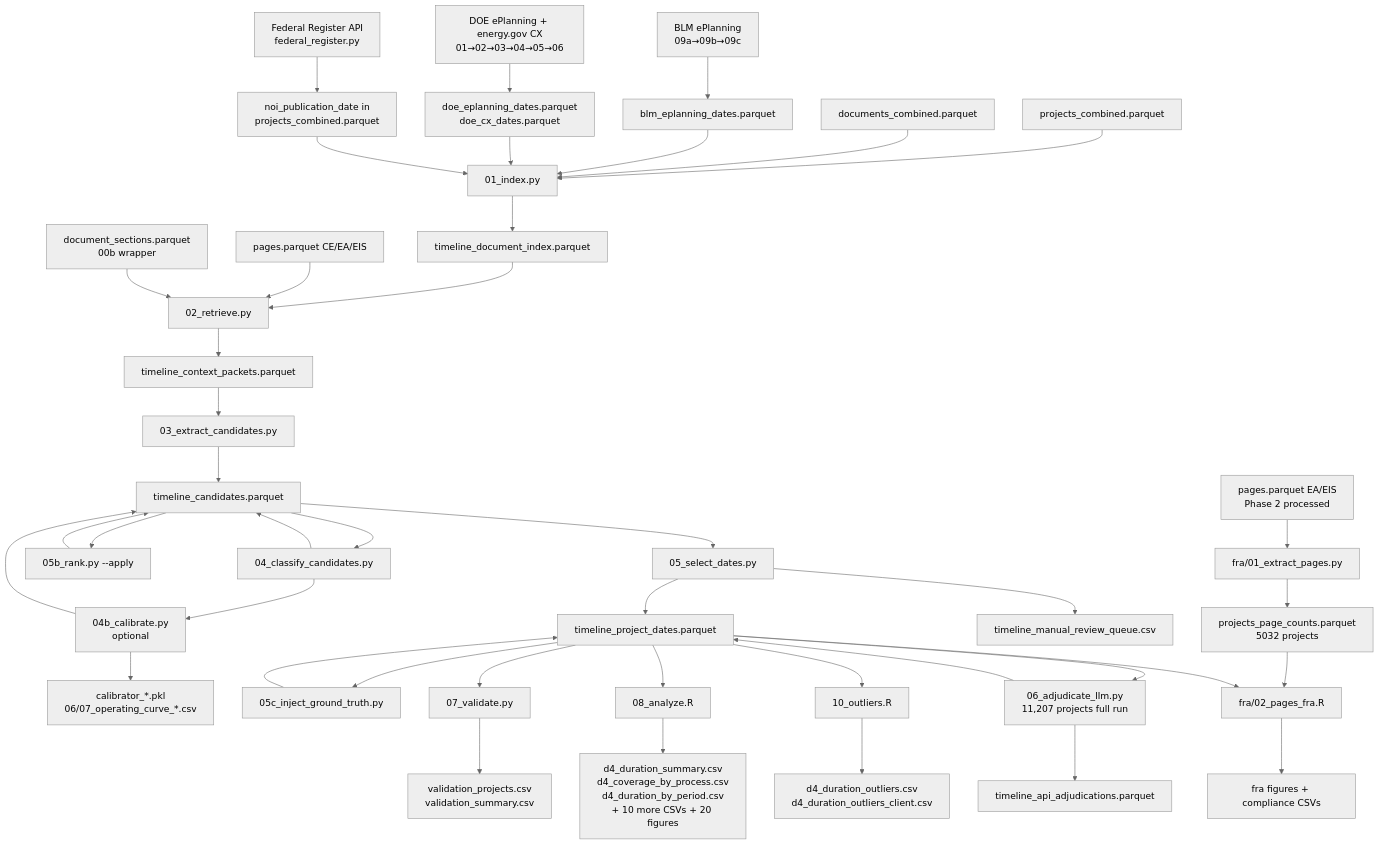
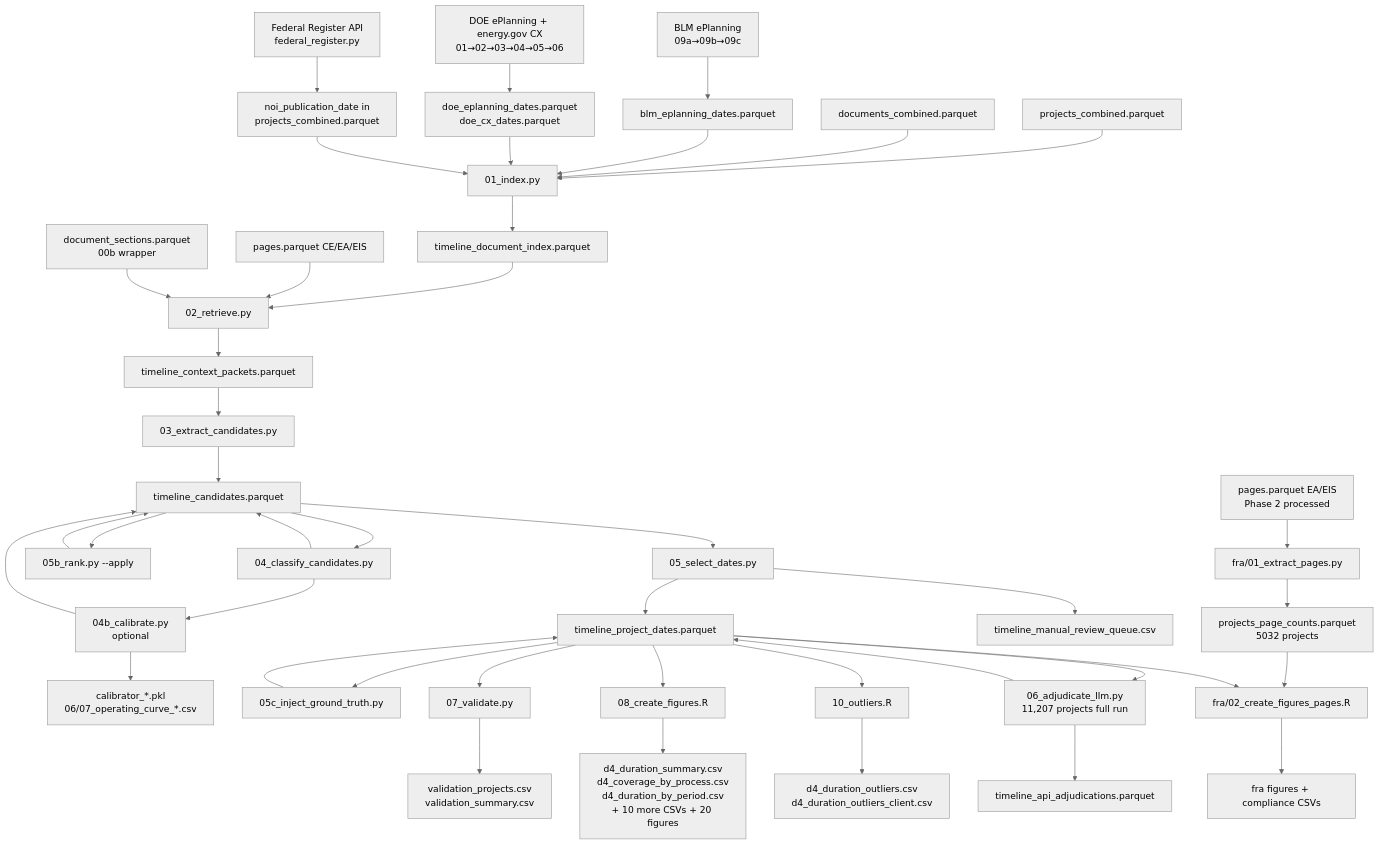
Before and after one commit to kaseyzapatka/nepa: the diagram in phase2/architecture/deliverables/deliverable04.md, drawn with Mermaid (neutral theme). The commit also changed other lines of this file and 21 other files, not shown here.

````diff
--- a/phase2/architecture/deliverables/deliverable04.md
+++ b/phase2/architecture/deliverables/deliverable04.md
@@ -74,55 +77,55 @@
 ```mermaid
 flowchart TD
     A[BLM ePlanning\n09a→09b→09c] --> B[blm_eplanning_dates.parquet]
     C[DOE ePlanning + energy.gov CX\n01→02→03→04→05→06] --> D[doe_eplanning_dates.parquet\ndoe_cx_dates.parquet]
     E[Federal Register API\nfederal_register.py] --> F[noi_publication_date in\nprojects_combined.parquet]
 
     G[projects_combined.parquet] --> H[01_index.py]
     I[documents_combined.parquet] --> H
     B --> H
     D --> H
     F --> H
     H --> J[timeline_document_index.parquet]
 
     J --> K[02_retrieve.py]
     L[pages.parquet CE/EA/EIS] --> K
     M[document_sections.parquet\n00b wrapper] --> K
     K --> N[timeline_context_packets.parquet]
 
     N --> O[03_extract_candidates.py]
     O --> P[timeline_candidates.parquet]
     P --> C4[04_classify_candidates.py]
     C4 --> P
     C4 --> C4B[04b_calibrate.py\noptional]
     C4B --> C4O[calibrator_*.pkl\n06/07_operating_curve_*.csv]
     C4B --> P
 
     P --> R5B[05b_rank.py --apply]
     R5B --> P
 
     P --> Q[05_select_dates.py]
     Q --> R[timeline_project_dates.parquet]
     Q --> S[timeline_manual_review_queue.csv]
 
     R --> GT[05c_inject_ground_truth.py]
     GT --> R
 
     R --> T[07_validate.py]
     T --> U[validation_projects.csv\nvalidation_summary.csv]
 
     R --> V[06_adjudicate_llm.py\n11,207 projects full run]
     V --> W[timeline_api_adjudications.parquet]
     V --> R
 
-    R --> X[08_analyze.R]
+    R --> X[08_create_figures.R]
     X --> Y[d4_duration_summary.csv\nd4_coverage_by_process.csv\nd4_duration_by_period.csv\n+ 10 more CSVs + 20 figures]
 
     R --> OL[10_outliers.R]
     OL --> OO[d4_duration_outliers.csv\nd4_duration_outliers_client.csv]
 
     FPAGES[pages.parquet EA/EIS\nPhase 2 processed] --> FRA1[fra/01_extract_pages.py]
     FRA1 --> FRA2[projects_page_counts.parquet\n5032 projects]
-    FRA2 --> FRA3[fra/02_pages_fra.R]
+    FRA2 --> FRA3[fra/02_create_figures_pages.R]
     R --> FRA3
     FRA3 --> FRA4[fra figures + compliance CSVs]
 ```
````
